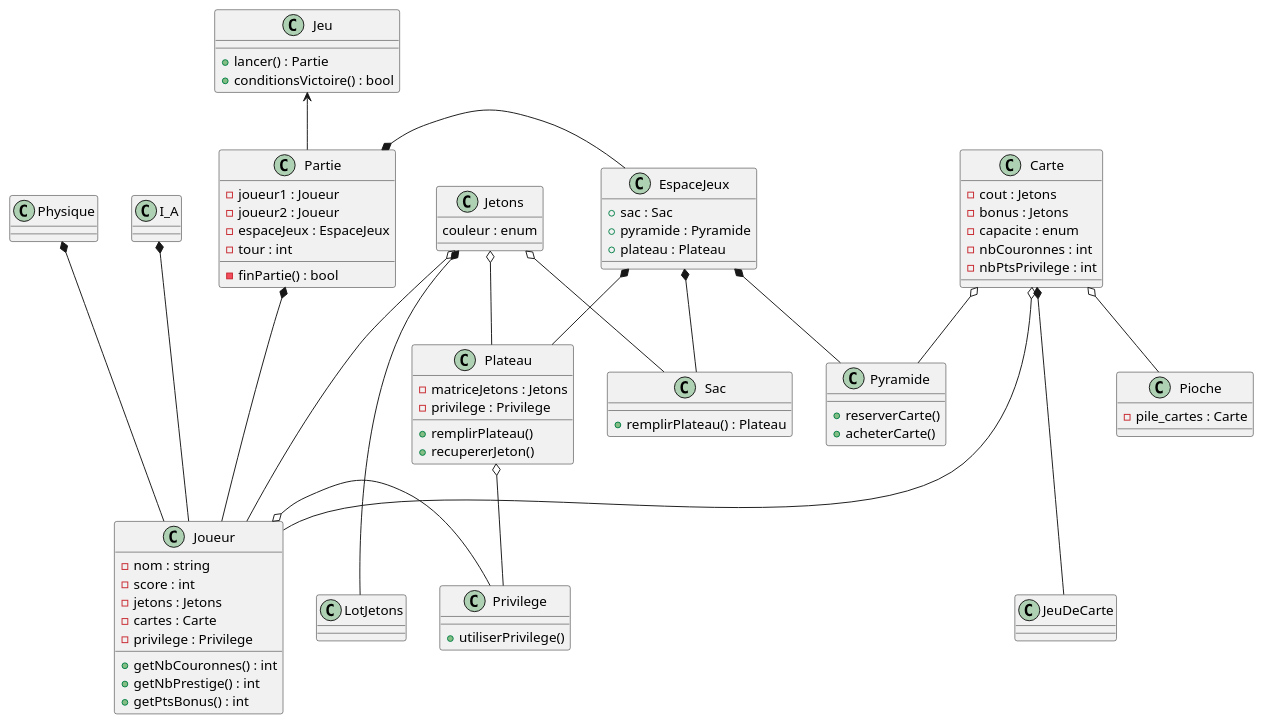
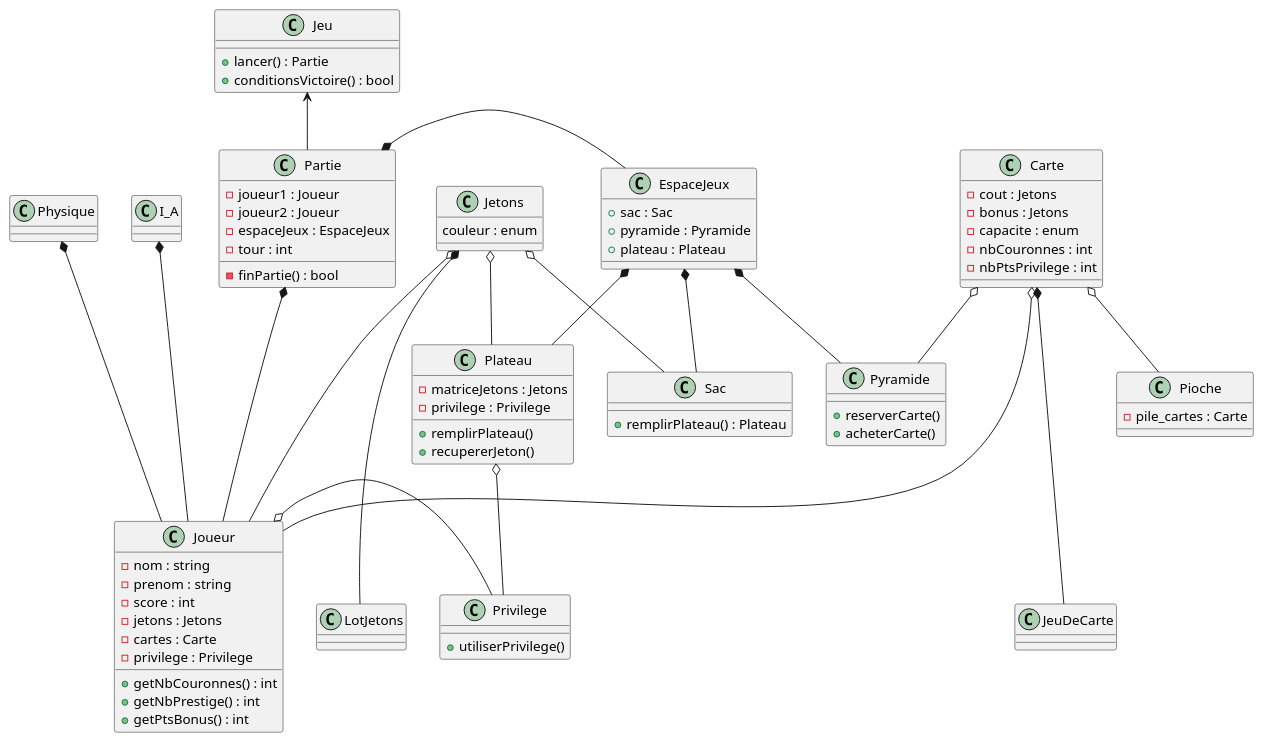
Before and after one commit to theguega/OOP-Board-Game: the diagram in source/UML/UML_V1.plantuml, drawn with PlantUML. The commit also changed 3 other files, not shown here.

Commit message:
Joueur V1 et modif mineurs UML

```diff
--- a/source/UML/UML_V1.plantuml
+++ b/source/UML/UML_V1.plantuml
@@ -1,113 +1,114 @@
 @startuml
 
 /'
     Diagramme de classe du jeu Splendor Duel
     Pour programmation objet C++
 '/
 
 class Joueur{
     - nom : string
+    - prenom : string
     - score : int
     - jetons : Jetons
     - cartes : Carte
     - privilege : Privilege
 
     + getNbCouronnes() : int
     + getNbPrestige() : int
     + getPtsBonus() : int
 }
 
 class I_A {
 }
 
 class Physique {
 }
 
 class Partie {
     - joueur1 : Joueur
     - joueur2 : Joueur
     - espaceJeux : EspaceJeux
     - tour : int
 
     - finPartie() : bool
 }
 
 class EspaceJeux {
     + sac : Sac
     + pyramide : Pyramide
     + plateau : Plateau
 }
 
 class Sac{
     + remplirPlateau() : Plateau
 }
 
 class Pyramide {
     + reserverCarte()
     + acheterCarte()
 }
 
 class Carte{
     - cout : Jetons
     - bonus : Jetons
     - capacite : enum
     - nbCouronnes : int
     - nbPtsPrivilege : int
 }
 
 class Pioche {
     - pile_cartes : Carte
 }
 
 class Privilege {
     + utiliserPrivilege()
 }
 
 class Jetons {
     couleur : enum
 }
 
 class Plateau {
     - matriceJetons : Jetons
     - privilege : Privilege
 
     + remplirPlateau()
     + recupererJeton()
 }
 
 class Jeu {
     + lancer() : Partie
     + conditionsVictoire() : bool
 }
 
 class JeuDeCarte {
 }
 
 class LotJetons {
 }
 
 Physique *--- Joueur
 I_A *--- Joueur
 
 Carte *--- JeuDeCarte
 Carte o-- Pyramide
 Carte o-- Pioche
 Carte o--- Joueur
 
 Jetons *--- LotJetons
 Jetons o-- Sac
 Jetons o--- Joueur
 Jetons o-- Plateau
 
 Plateau o-- Privilege
 Joueur o- Privilege
 
 Partie *- EspaceJeux
 Partie *- Joueur
 
 EspaceJeux *-- Sac
 EspaceJeux *-- Pyramide
 EspaceJeux *-- Plateau
 
 Jeu <-- Partie
 @enduml
```
